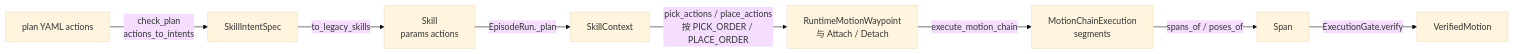
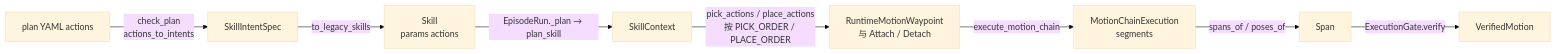
The third of 5 diagrams in docs/call-chain.md (ZJLi2013/RoboSmith), drawn with Mermaid (base theme) before and after one commit. The commit also changed other lines of this file and 13 other files, not shown here.

````diff
--- a/docs/call-chain.md
+++ b/docs/call-chain.md
@@ -161,10 +169,10 @@
 ```mermaid
 flowchart LR
     Y["plan YAML actions"] -->|check_plan<br/>actions_to_intents| I["SkillIntentSpec"]
     I -->|to_legacy_skills| S["Skill<br/>params actions"]
-    S -->|EpisodeRun._plan| C["SkillContext"]
+    S -->|EpisodeRun._plan → plan_skill| C["SkillContext"]
     C -->|pick_actions / place_actions<br/>按 PICK_ORDER / PLACE_ORDER| A["RuntimeMotionWaypoint<br/>与 Attach / Detach"]
     A -->|execute_motion_chain| M["MotionChainExecution<br/>segments"]
     M -->|spans_of / poses_of| P["Span"]
     P -->|ExecutionGate.verify| V["VerifiedMotion"]
 ```
````
